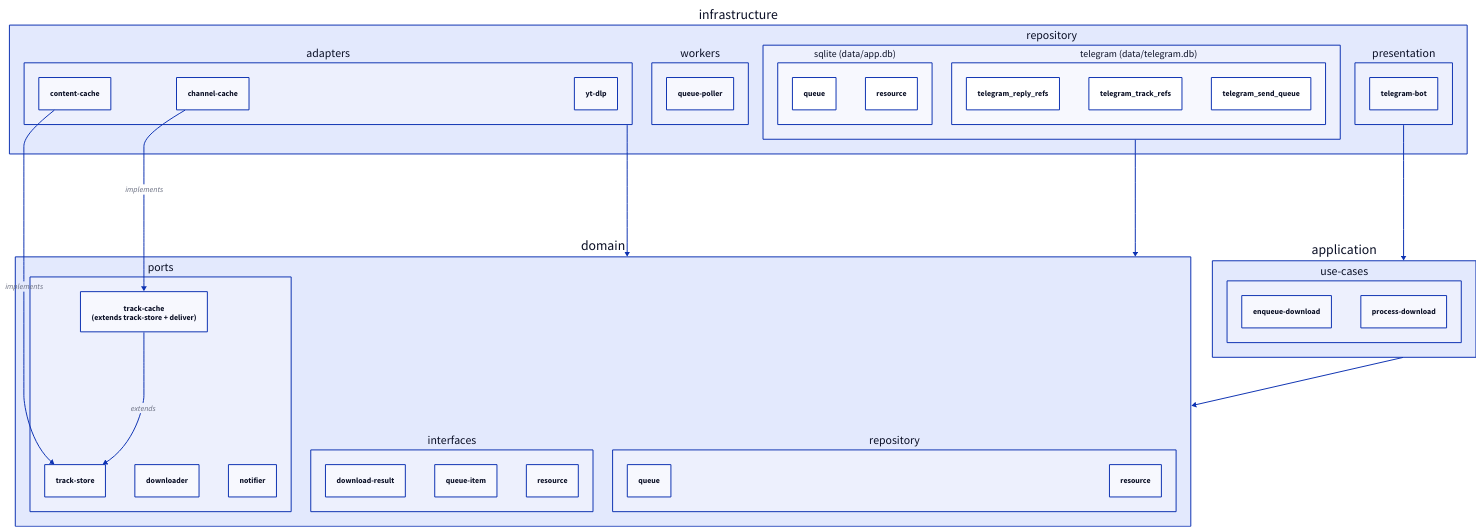
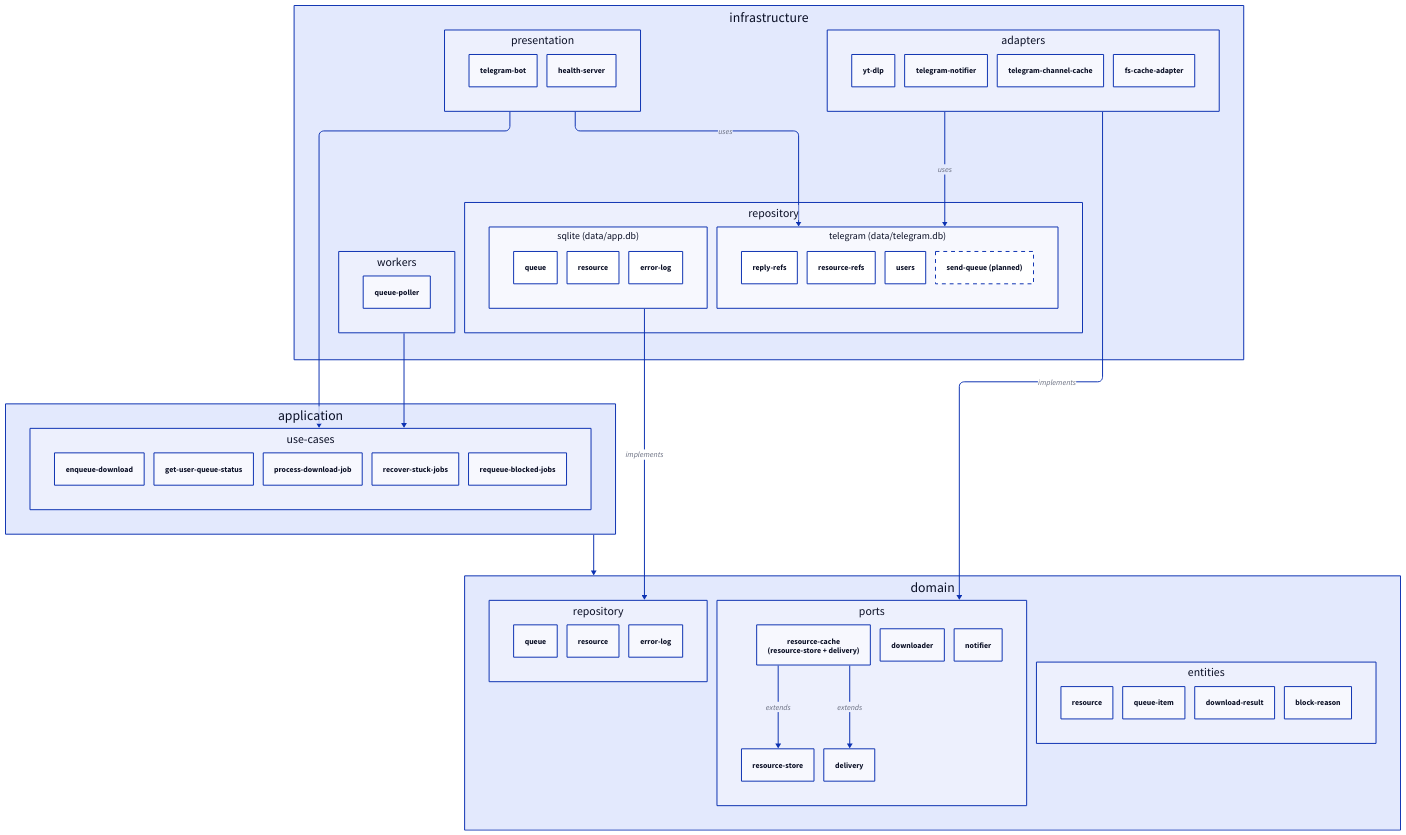
Before and after one commit to iwwwanow/kanalveschaniya: the diagram in docs/diagrams/core.d2, drawn with D2. The commit also changed 1 other file, not shown here.

Commit message:
docs(diagrams): sync core.d2 with code, add infrastructure.d2
core.d2: elk layout + direction down, real node names, new use-cases,
ResourceCache = ResourceStore + Delivery, telegram repositories shown as
infra-internal, planned send-queue dashed.
infrastructure.d2: infra detail by role with Telegram nodes highlighted,
main.ts as composition root, the three Telegram seams (in/out/storage).

```diff
--- a/docs/diagrams/core.d2
+++ b/docs/diagrams/core.d2
@@ -1,62 +1,90 @@
+vars: {
+  d2-config: {
+    layout-engine: elk
+  }
+}
+
+direction: down
+
+# Зависимости направлены внутрь: infrastructure -> application -> domain.
+# Детали infrastructure — в infrastructure.d2.
+infrastructure.presentation -> application.use-cases
+infrastructure.workers -> application.use-cases
+infrastructure.repository.sqlite -> domain.repository: implements
+infrastructure.adapters -> domain.ports: implements
+
 application -> domain
-infrastructure.presentation -> application
-infrastructure.repository -> domain
-infrastructure.adapters -> domain
 
-domain.ports.track-cache -> domain.ports.track-store: "extends"
-infrastructure.adapters.channel-cache -> domain.ports.track-cache: "implements"
-infrastructure.adapters.content-cache -> domain.ports.track-store: "implements"
+domain.ports.resource-cache -> domain.ports.resource-store: extends
+domain.ports.resource-cache -> domain.ports.delivery: extends
+
+# telegram-репозитории: интерфейсы живут в самой infrastructure (не в domain),
+# поэтому адаптеры и presentation ходят в них напрямую
+infrastructure.adapters -> infrastructure.repository.telegram: uses
+infrastructure.presentation -> infrastructure.repository.telegram: uses
 
 infrastructure: {
   presentation: {
     telegram-bot
+    health-server
   }
   adapters: {
     yt-dlp
-    channel-cache
-    content-cache
+    telegram-notifier
+    telegram-channel-cache
+    fs-cache-adapter
   }
   repository: {
     sqlite: {
       label: "sqlite (data/app.db)"
       queue
       resource
+      error-log
     }
     telegram: {
       label: "telegram (data/telegram.db)"
-      telegram_reply_refs
-      telegram_track_refs
-      telegram_send_queue
+      reply-refs
+      resource-refs
+      users
+      send-queue: "send-queue (planned)" {
+        style.stroke-dash: 4
+      }
     }
   }
   workers: {
     queue-poller
   }
 }
 
 application: {
   use-cases: {
     enqueue-download
-    process-download
+    get-user-queue-status
+    process-download-job
+    recover-stuck-jobs
+    requeue-blocked-jobs
   }
 }
 
 domain: {
-  interfaces: {
+  entities: {
+    resource
+    queue-item
     download-result
-    queue-item
-    resource
+    block-reason
   }
   ports: {
     downloader
     notifier
-    track-store
-    track-cache: {
-      label: "track-cache\n(extends track-store + deliver)"
+    resource-store
+    delivery
+    resource-cache: {
+      label: "resource-cache\n(resource-store + delivery)"
     }
   }
   repository: {
     queue
     resource
+    error-log
   }
 }
```
